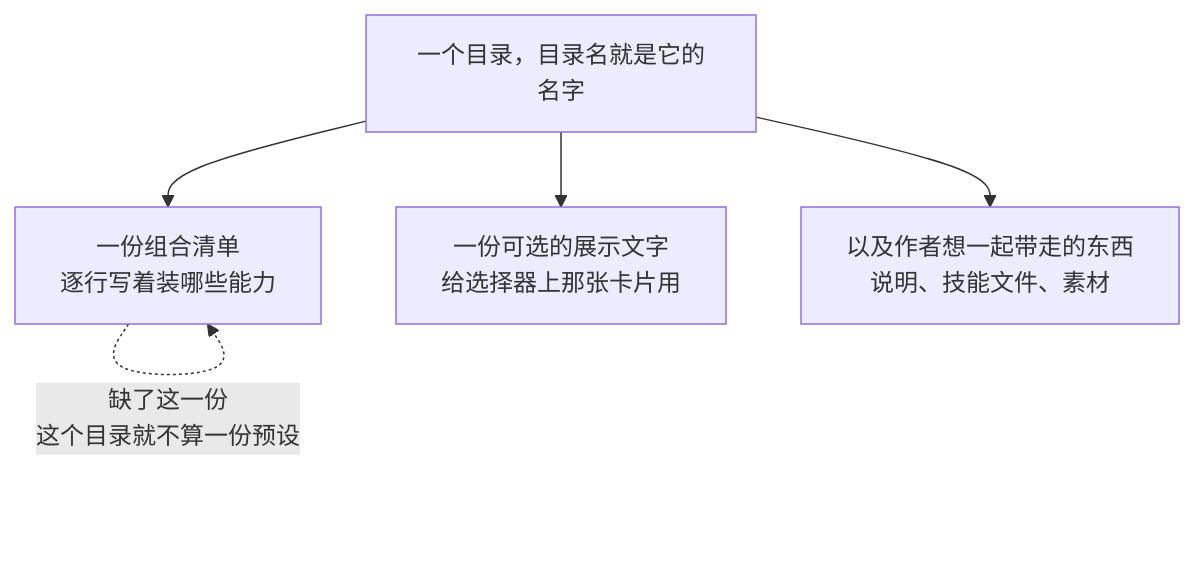
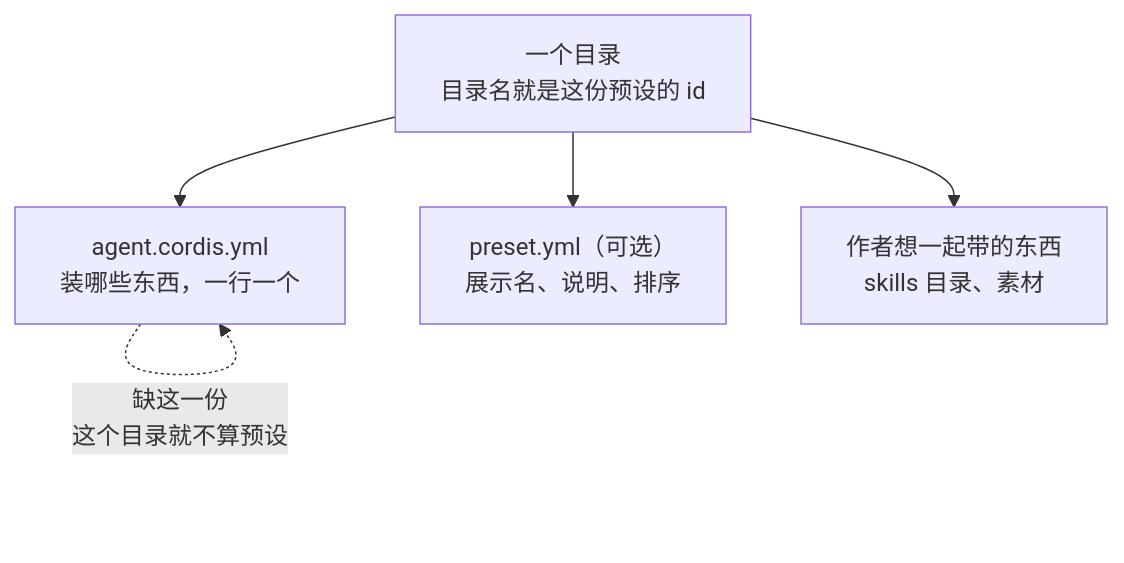
The second of 25 diagrams in docs/modules/presets.md (snight1983/ds-harness-go), drawn with Mermaid before and after one commit. The commit also changed other lines of this file and 25 other files, not shown here.

````diff
--- a/docs/modules/presets.md
+++ b/docs/modules/presets.md
@@ -30,7 +27,7 @@
 ```mermaid
 flowchart TD
-    D["一个目录，目录名就是它的名字"] --> C["一份组合清单<br/>逐行写着装哪些能力"]
-    D --> M["一份可选的展示文字<br/>给选择器上那张卡片用"]
-    D --> X["以及作者想一起带走的东西<br/>说明、技能文件、素材"]
-    C -.->|"缺了这一份<br/>这个目录就不算一份预设"| C
+    D["一个目录<br/>目录名就是这份预设的 id"] --> C["agent.cordis.yml<br/>装哪些东西，一行一个"]
+    D --> M["preset.yml（可选）<br/>展示名、说明、排序"]
+    D --> X["作者想一起带的东西<br/>skills 目录、素材"]
+    C -.->|"缺这一份<br/>这个目录就不算预设"| C
 ```
````
